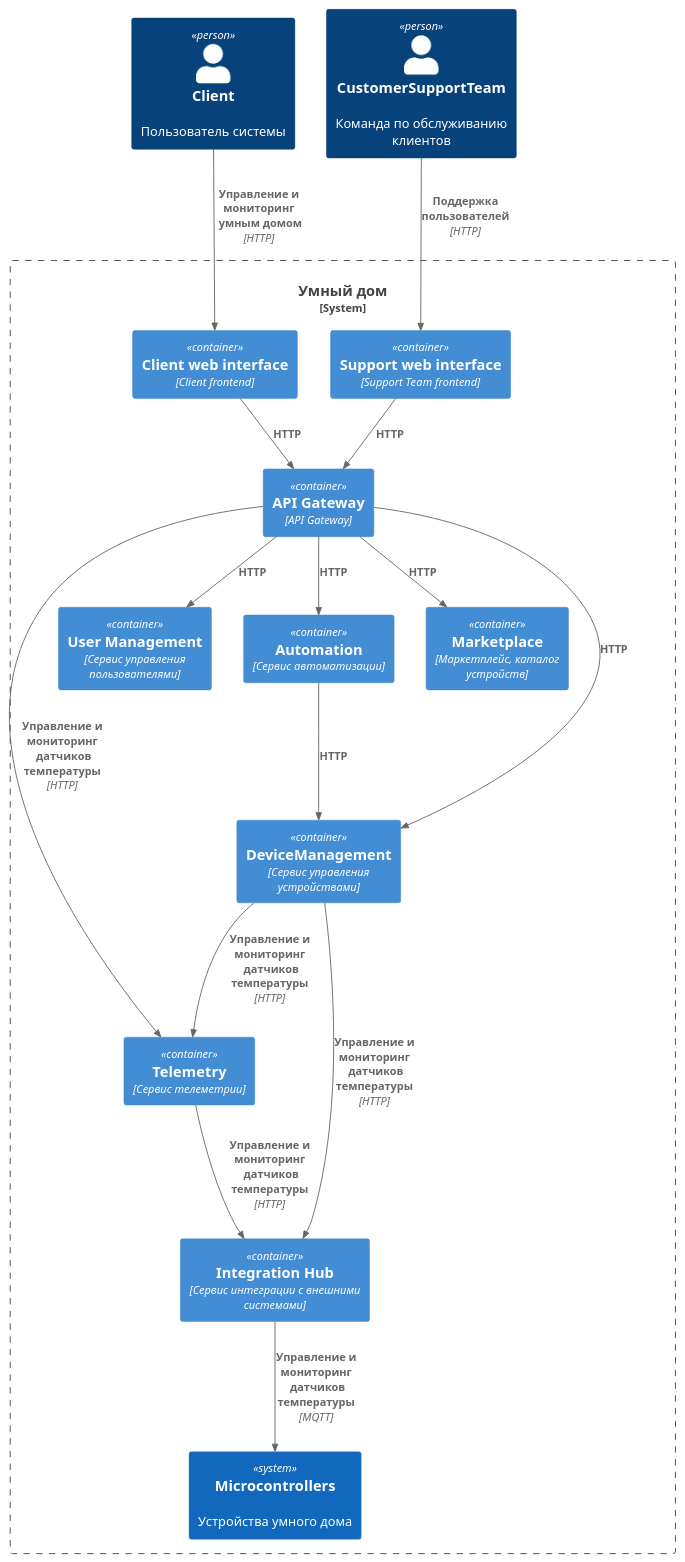
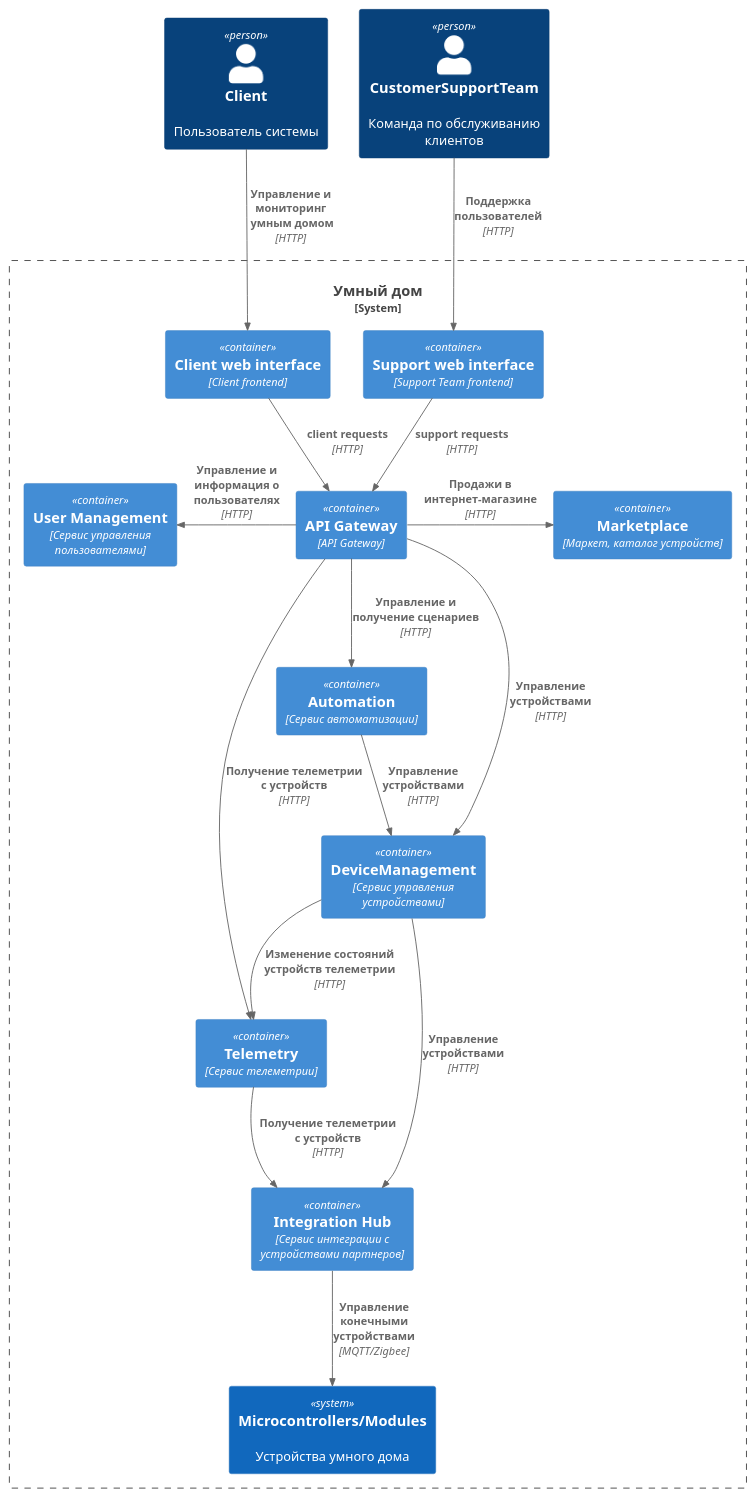
Before and after one commit to ayakhont/architecture-warmhouse: the diagram in docs/containers_C4.puml, drawn with PlantUML.

Commit message:
C4 container completed

```diff
--- a/docs/containers_C4.puml
+++ b/docs/containers_C4.puml
@@ -1,38 +1,38 @@
 @startuml
 
 !include <C4/C4_Container>
 
 Person(client, "Client", "Пользователь системы")
 Person(customerSupportTeam, "CustomerSupportTeam", "Команда по обслуживанию клиентов")
 System_Boundary(platform, "Умный дом") {
     Container(clientFrontend, "Client web interface", "Client frontend")
     Container(supportFrontend, "Support web interface", "Support Team frontend")
     Container(apiGateway, "API Gateway", "API Gateway")
+    Container(userManagement, "User Management", "Сервис управления пользователями")
     Container(telemetry, "Telemetry", "Сервис телеметрии")
-    Container(userManagement, "User Management", "Сервис управления пользователями")
     Container(automation, "Automation", "Сервис автоматизации")
-    Container(integrationHub, "Integration Hub", "Сервис интеграции с внешними системами")
-    Container(marketplace, "Marketplace", "Маркетплейс, каталог устройств")
     Container(deviceManagementService, "DeviceManagement", "Сервис управления устройствами")
-    System(microcontrollers, "Microcontrollers", "Устройства умного дома")
+    Container(marketplace, "Marketplace", "Маркет, каталог устройств")
+    Container(integrationHub, "Integration Hub", "Сервис интеграции с устройствами партнеров")
+    System(microcontrollers, "Microcontrollers/Modules", "Устройства умного дома")
 }
 
 Rel(client, clientFrontend, "Управление и мониторинг\n умным домом", "HTTP")
 Rel(customerSupportTeam, supportFrontend, "Поддержка пользователей", "HTTP")
-Rel(clientFrontend, apiGateway, "HTTP")
-Rel(supportFrontend, apiGateway, "HTTP")
-Rel(apiGateway, deviceManagementService, "HTTP")
-Rel(apiGateway, automation, "HTTP")
-Rel(automation, deviceManagementService, "HTTP")
-Rel(apiGateway, marketplace, "HTTP")
-Rel(apiGateway, userManagement, "HTTP")
-Rel(deviceManagementService, integrationHub, "Управление и мониторинг\n датчиков температуры", "HTTP")
-Rel(integrationHub, microcontrollers, "Управление и мониторинг\n датчиков температуры", "MQTT")
-Rel(telemetry, integrationHub, "Управление и мониторинг\n датчиков температуры", "HTTP")
-Rel(deviceManagementService, telemetry, "Управление и мониторинг\n датчиков температуры", "HTTP")
-Rel(apiGateway, telemetry, "Управление и мониторинг\n датчиков температуры", "HTTP")
+Rel(clientFrontend, apiGateway, "client requests", "HTTP")
+Rel(supportFrontend, apiGateway, "support requests", "HTTP")
+Rel(apiGateway, deviceManagementService, "Управление устройствами", "HTTP")
+Rel(apiGateway, automation, "Управление и получение сценариев", "HTTP")
+Rel(automation, deviceManagementService, "Управление устройствами", "HTTP")
+Rel_R(apiGateway, marketplace, "Продажи в интернет-магазине", "HTTP")
+Rel_L(apiGateway, userManagement, "Управление и информация о пользователях" ,"HTTP")
+Rel(deviceManagementService, integrationHub, "Управление устройствами", "HTTP")
+Rel(integrationHub, microcontrollers, "Управление конечными устройствами", "MQTT/Zigbee")
+Rel(telemetry, integrationHub, "Получение телеметрии с устройств", "HTTP")
+Rel(deviceManagementService, telemetry, "Изменение состояний устройств телеметрии", "HTTP")
+Rel(apiGateway, telemetry, "Получение телеметрии с устройств", "HTTP")
 
 
 
 
 @enduml
```
